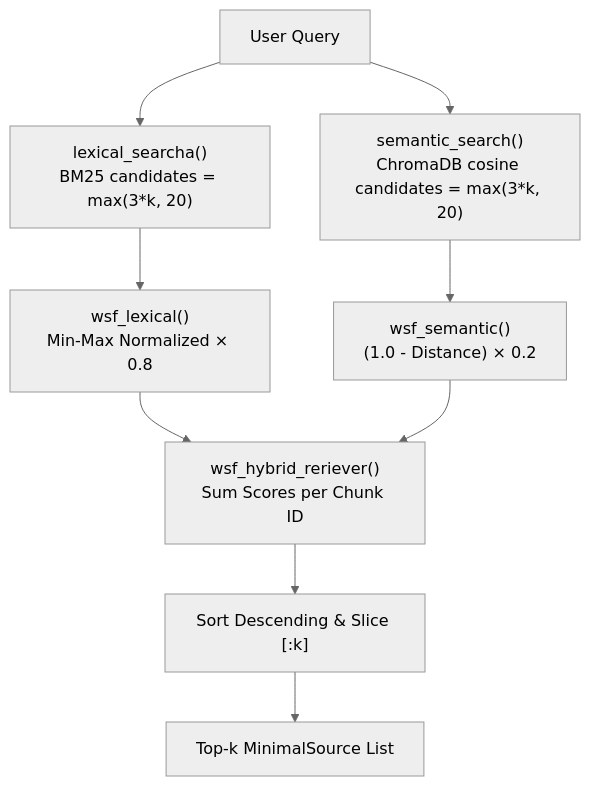
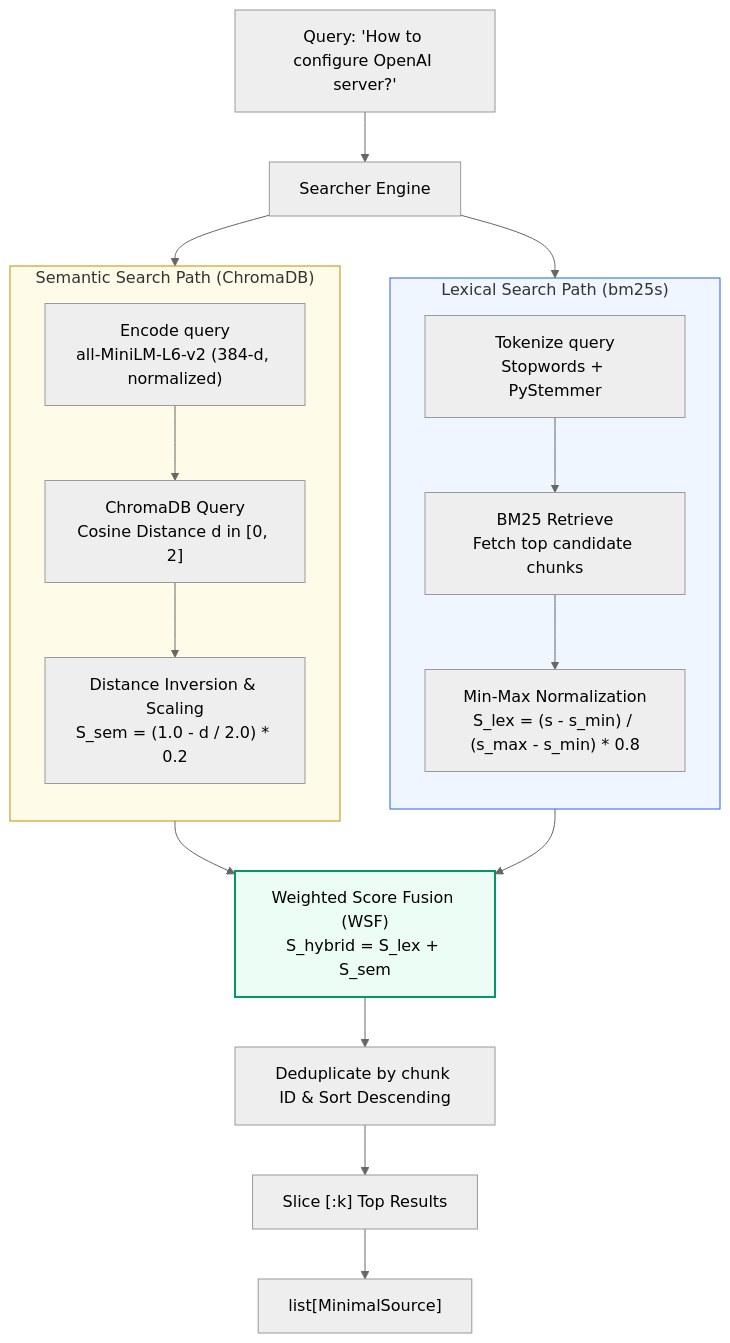
The fifth of 8 diagrams in docs/ARCHITECTURE.md (Yahyaoui7/42_RAG), drawn with Mermaid (neutral theme) before and after one commit. The commit also changed other lines of this file and 1 other file, not shown here.

Commit message:
add the architecture file to explain the project

````diff
--- a/docs/ARCHITECTURE.md
+++ b/docs/ARCHITECTURE.md
@@ -200,14 +298,30 @@
 ```mermaid
 flowchart TD
-    Q["User Query"] --> LEX["lexical_searcha()\nBM25 candidates = max(3*k, 20)"]
-    Q --> SEM["semantic_search()\nChromaDB cosine candidates = max(3*k, 20)"]
+    Q["Query: 'How to configure OpenAI server?'"] --> RET["Searcher Engine"]
     
-    LEX --> NORM_L["wsf_lexical()\nMin-Max Normalized × 0.8"]
-    SEM --> NORM_S["wsf_semantic()\n(1.0 - Distance) × 0.2"]
-    
-    NORM_L --> FUSE["wsf_hybrid_reriever()\nSum Scores per Chunk ID"]
-    NORM_S --> FUSE
-    
-    FUSE --> SORT["Sort Descending & Slice [:k]"]
-    SORT --> RES["Top-k MinimalSource List"]
+    subgraph LEX["Lexical Search Path (bm25s)"]
+        direction TB
+        T["Tokenize query\nStopwords + PyStemmer"] --> B_QUERY["BM25 Retrieve\nFetch top candidate chunks"]
+        B_QUERY --> B_NORM["Min-Max Normalization\nS_lex = (s - s_min) / (s_max - s_min) * 0.8"]
+    end
+
+    subgraph SEM["Semantic Search Path (ChromaDB)"]
+        direction TB
+        E["Encode query\nall-MiniLM-L6-v2 (384-d, normalized)"] --> C_QUERY["ChromaDB Query\nCosine Distance d in [0, 2]"]
+        C_QUERY --> C_NORM["Distance Inversion & Scaling\nS_sem = (1.0 - d / 2.0) * 0.2"]
+    end
+
+    RET --> LEX
+    RET --> SEM
+
+    B_NORM --> FUSION["Weighted Score Fusion (WSF)\nS_hybrid = S_lex + S_sem"]
+    C_NORM --> FUSION
+
+    FUSION --> DEDUP["Deduplicate by chunk ID & Sort Descending"]
+    DEDUP --> SLICE["Slice [:k] Top Results"]
+    SLICE --> OUT["list[MinimalSource]"]
+
+    style LEX fill:#eff6ff,stroke:#2563eb
+    style SEM fill:#fefce8,stroke:#ca8a04
+    style FUSION fill:#ecfdf5,stroke:#059669,stroke-width:2px
 ```
````
